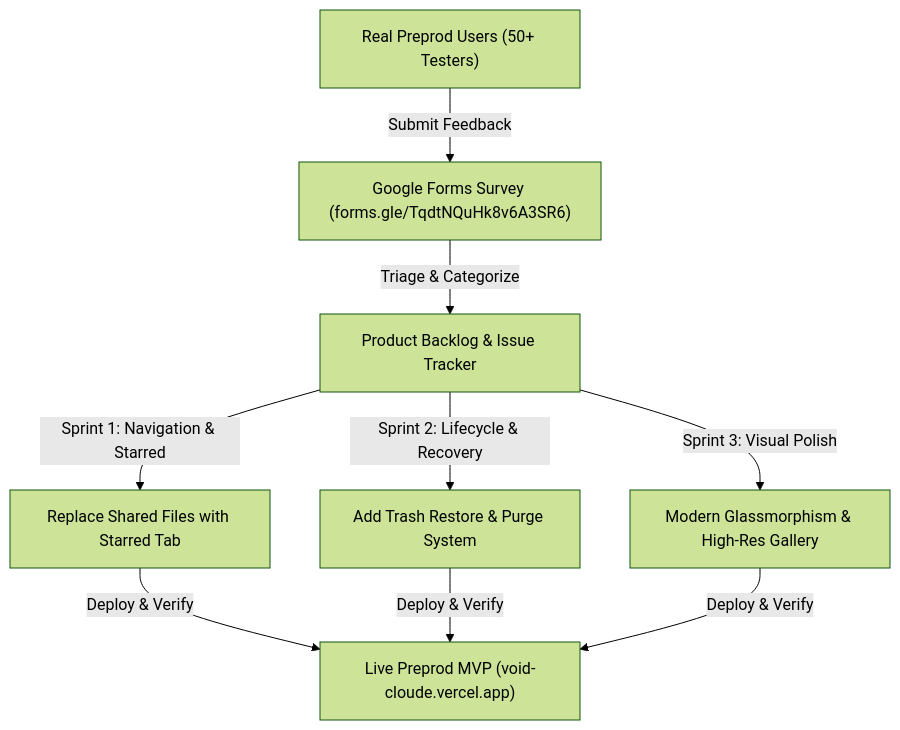
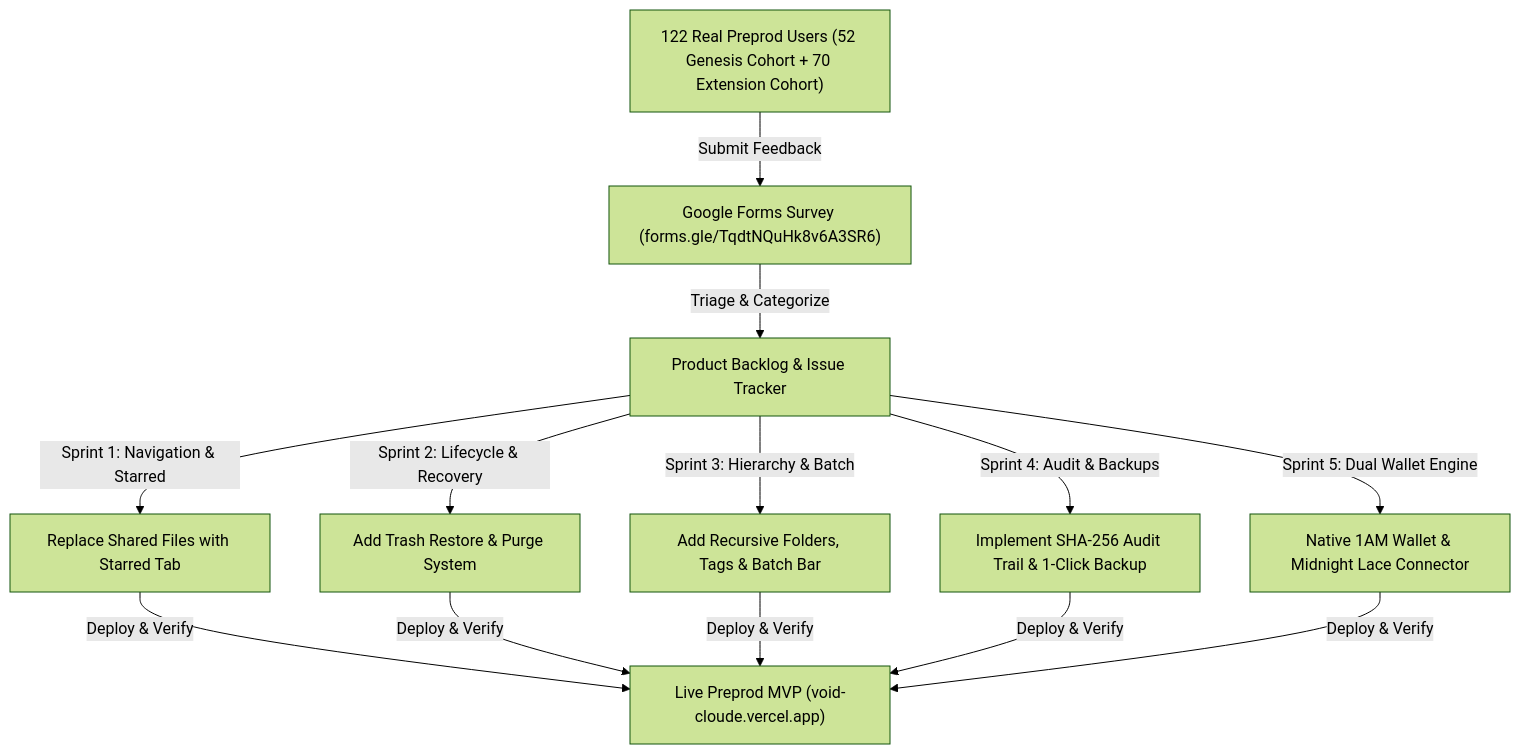
Before and after one commit to Shuvankar11/VoidCloud: the diagram in docs/USER_FEEDBACK_REPORT.md, drawn with Mermaid (forest theme). The commit also changed other lines of this file and 2 other files, not shown here.

Commit message:
docs(milestone): complete Level 6 Supermoon verification and user feedback report

````diff
--- a/docs/USER_FEEDBACK_REPORT.md
+++ b/docs/USER_FEEDBACK_REPORT.md
@@ -24,9 +25,11 @@
 ```mermaid
 flowchart TD
-    A["Real Preprod Users (50+ Testers)"] -->|"Submit Feedback"| B["Google Forms Survey (forms.gle/TqdtNQuHk8v6A3SR6)"]
+    A["122 Real Preprod Users (52 Genesis Cohort + 70 Extension Cohort)"] -->|"Submit Feedback"| B["Google Forms Survey (forms.gle/TqdtNQuHk8v6A3SR6)"]
     B -->|"Triage & Categorize"| C["Product Backlog & Issue Tracker"]
     C -->|"Sprint 1: Navigation & Starred"| D["Replace Shared Files with Starred Tab"]
     C -->|"Sprint 2: Lifecycle & Recovery"| E["Add Trash Restore & Purge System"]
-    C -->|"Sprint 3: Visual Polish"| F["Modern Glassmorphism & High-Res Gallery"]
-    D & E & F -->|"Deploy & Verify"| G["Live Preprod MVP (void-cloude.vercel.app)"]
+    C -->|"Sprint 3: Hierarchy & Batch"| F["Add Recursive Folders, Tags & Batch Bar"]
+    C -->|"Sprint 4: Audit & Backups"| G["Implement SHA-256 Audit Trail & 1-Click Backup"]
+    C -->|"Sprint 5: Dual Wallet Engine"| H["Native 1AM Wallet & Midnight Lace Connector"]
+    D & E & F & G & H -->|"Deploy & Verify"| I["Live Preprod MVP (void-cloude.vercel.app)"]
 ```
````
